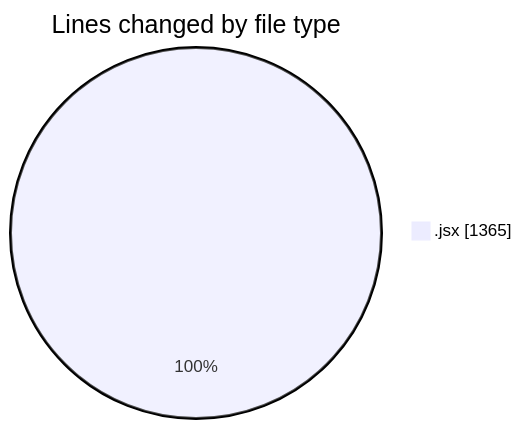
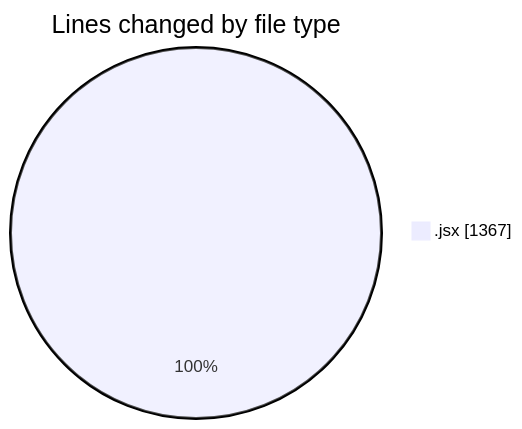
Before and after one commit to nxtqubesakshisongat/code-tracking: the first of 2 diagrams in 2025-11-17/nxtqube_webapp/README.md, drawn with Mermaid. The commit also changed other lines of this file and 1 other file, not shown here.

````diff
--- a/2025-11-17/nxtqube_webapp/README.md
+++ b/2025-11-17/nxtqube_webapp/README.md
@@ -20,5 +20,5 @@
 ```mermaid
 pie showData
 title Lines changed by file type
-".jsx" : 1365
+".jsx" : 1367
 ```
````
